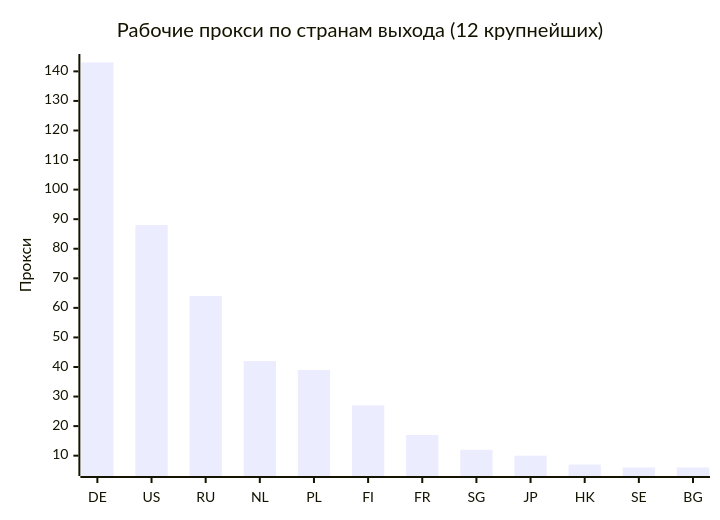
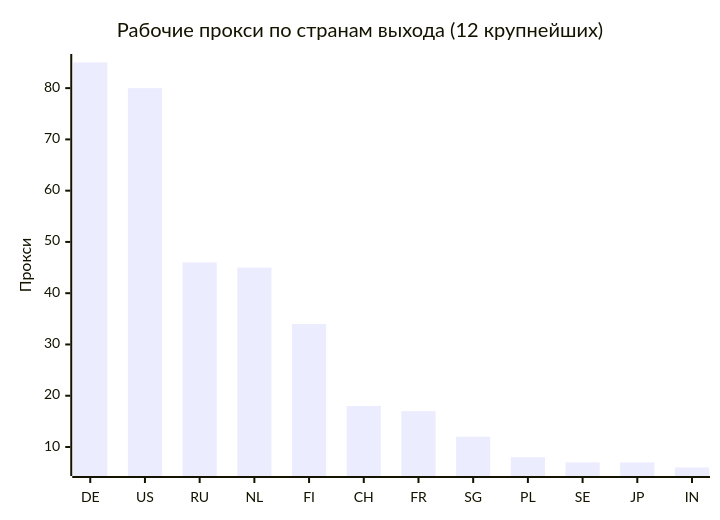
One commit to rvvg/proxy-subs changed the second of 4 diagrams in README.md. Above: the diagram before and after it, drawn with Mermaid. The commit also changed other lines of this file and 46 other files, not shown here.

````diff
--- a/README.md
+++ b/README.md
@@ -124,7 +125,7 @@
 ```mermaid
 xychart-beta
     title "Рабочие прокси по странам выхода (12 крупнейших)"
-    x-axis ["DE", "US", "RU", "NL", "PL", "FI", "FR", "SG", "JP", "HK", "SE", "BG"]
+    x-axis ["DE", "US", "RU", "NL", "FI", "CH", "FR", "SG", "PL", "SE", "JP", "IN"]
     y-axis "Прокси"
-    bar [143, 88, 64, 42, 39, 27, 17, 12, 10, 7, 6, 6]
+    bar [85, 80, 46, 45, 34, 18, 17, 12, 8, 7, 7, 6]
 ```
````
